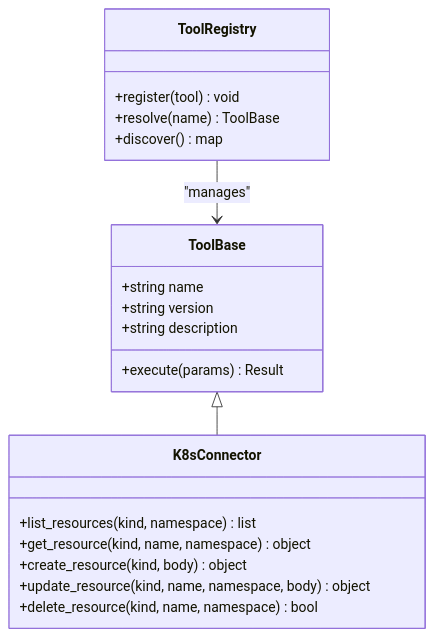
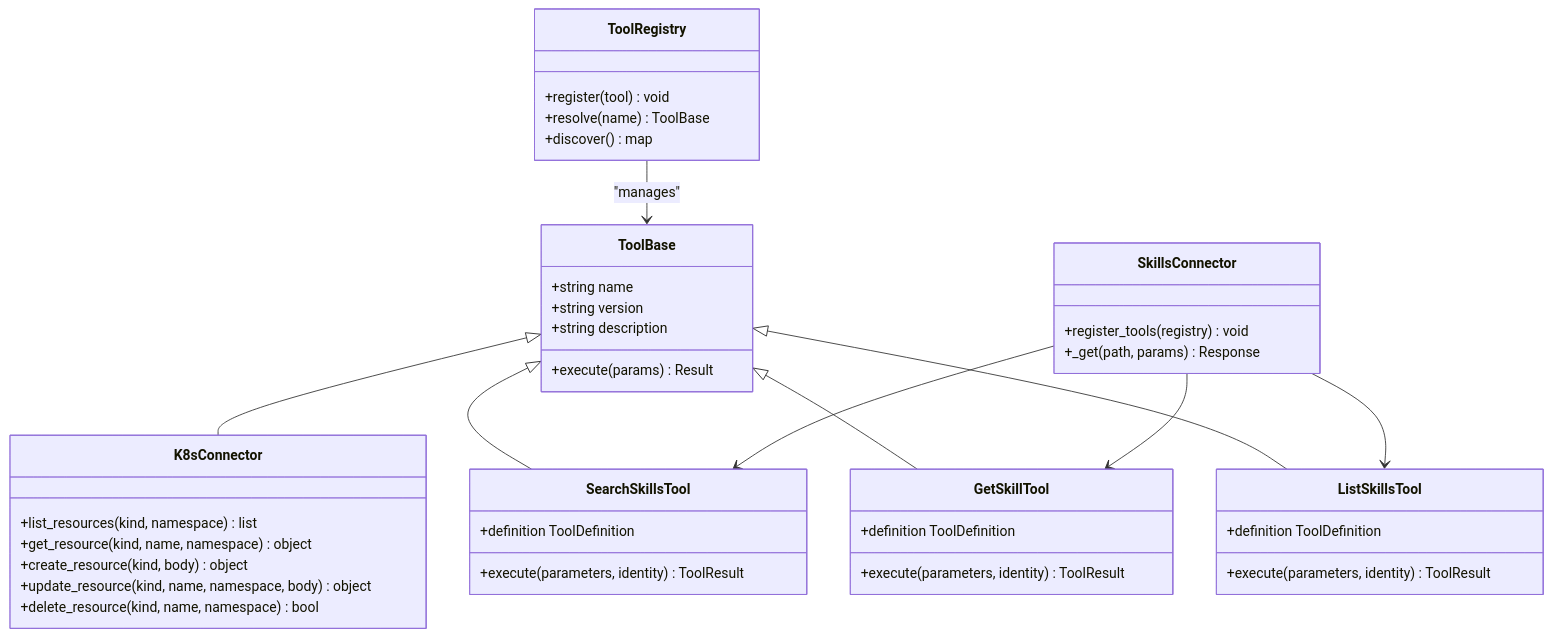
The third of 6 diagrams in .qoder/repowiki/en/content/Tool Gateway Service/API Endpoints and Authentication/Tools API.md (metasync/luban-aiops), drawn with Mermaid before and after one commit. The commit also changed other lines of this file and 64 other files, not shown here.

````diff
--- a/.qoder/repowiki/en/content/Tool Gateway Service/API Endpoints and Authentication/Tools API.md
+++ b/.qoder/repowiki/en/content/Tool Gateway Service/API Endpoints and Authentication/Tools API.md
@@ -183,23 +214,45 @@
 ```mermaid
 classDiagram
 class ToolBase {
 +string name
 +string version
 +string description
 +execute(params) Result
 }
 class K8sConnector {
 +list_resources(kind, namespace) list
 +get_resource(kind, name, namespace) object
 +create_resource(kind, body) object
 +update_resource(kind, name, namespace, body) object
 +delete_resource(kind, name, namespace) bool
 }
+class SkillsConnector {
++register_tools(registry) void
++_get(path, params) Response
+}
+class SearchSkillsTool {
++definition ToolDefinition
++execute(parameters, identity) ToolResult
+}
+class GetSkillTool {
++definition ToolDefinition
++execute(parameters, identity) ToolResult
+}
+class ListSkillsTool {
++definition ToolDefinition
++execute(parameters, identity) ToolResult
+}
 class ToolRegistry {
 +register(tool) void
 +resolve(name) ToolBase
 +discover() map
 }
 ToolBase <|-- K8sConnector
+ToolBase <|-- SearchSkillsTool
+ToolBase <|-- GetSkillTool
+ToolBase <|-- ListSkillsTool
+SkillsConnector --> SearchSkillsTool
+SkillsConnector --> GetSkillTool
+SkillsConnector --> ListSkillsTool
 ToolRegistry --> ToolBase : "manages"
 ```
````
